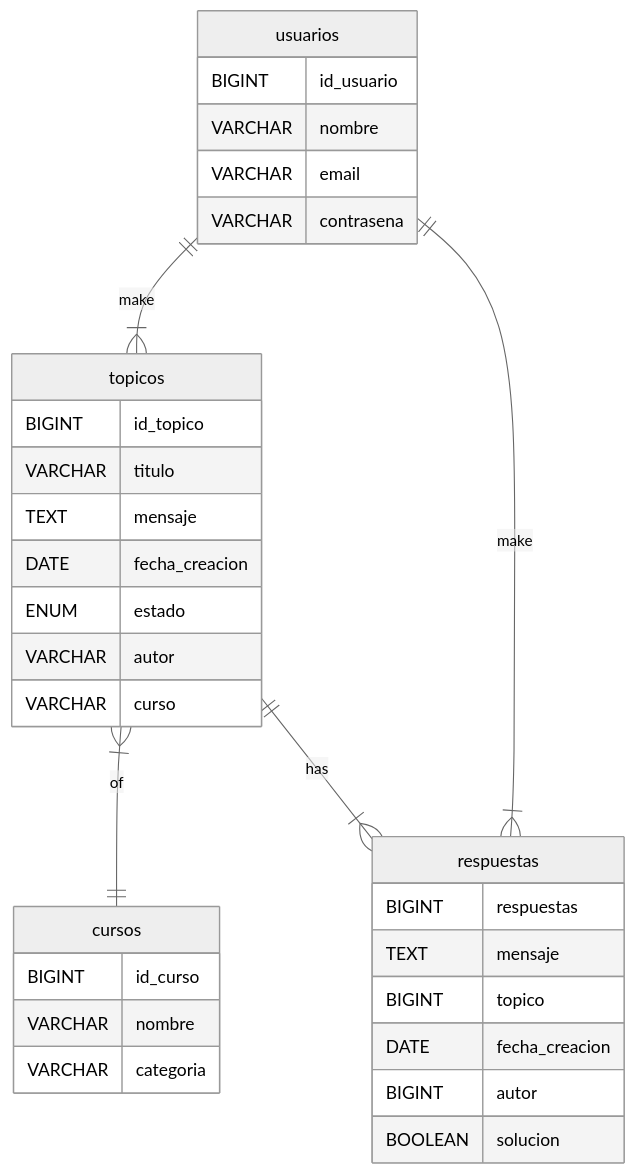
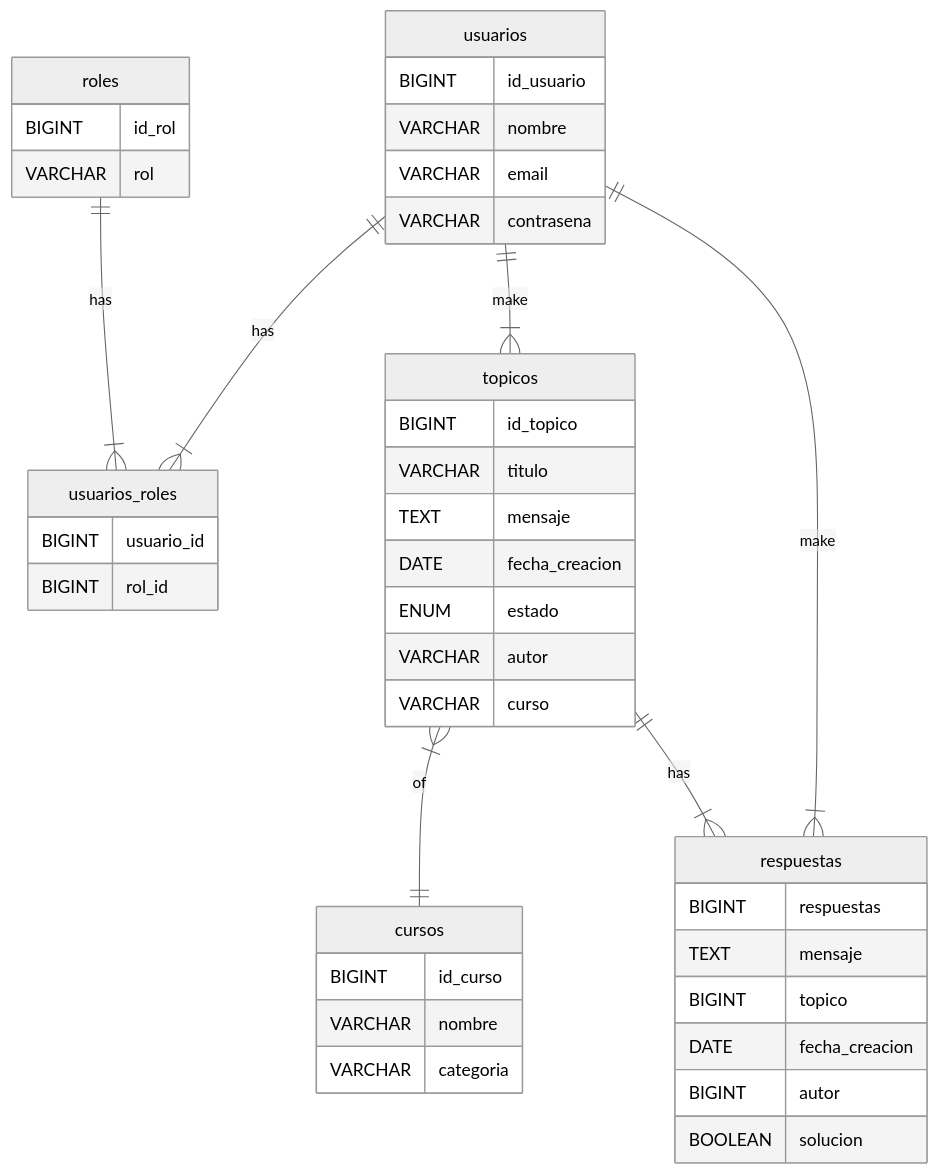
One commit to SaulMMBP/foro-alura changed the diagram in README.md. Above: the diagram before and after it, drawn with Mermaid (neutral theme).

Commit message:
Actualización de diagrama de base de datos

````diff
--- a/README.md
+++ b/README.md
@@ -23,39 +23,51 @@
 ```mermaid
 erDiagram
      usuarios {
           BIGINT id_usuario
           VARCHAR nombre
           VARCHAR email
           VARCHAR contrasena
+     }
+
+     roles {
+        BIGINT id_rol
+        VARCHAR rol
+     }
+
+     usuarios_roles {
+        BIGINT usuario_id
+        BIGINT rol_id
      }
 
      cursos {
           BIGINT id_curso
           VARCHAR nombre
           VARCHAR categoria
      }
 
      topicos {
           BIGINT id_topico
           VARCHAR titulo
           TEXT mensaje
           DATE fecha_creacion
           ENUM estado
           VARCHAR autor
           VARCHAR curso
      }
 
      respuestas {
           BIGINT respuestas
           TEXT mensaje
           BIGINT topico
           DATE fecha_creacion
           BIGINT autor
           BOOLEAN solucion
      }
 
      usuarios ||--|{ topicos : make
      usuarios ||--|{ respuestas : make
+     usuarios ||--|{ usuarios_roles : has
+     roles ||--|{ usuarios_roles : has
      topicos }|--|| cursos : of
      topicos ||--|{ respuestas : has
 ```
````
